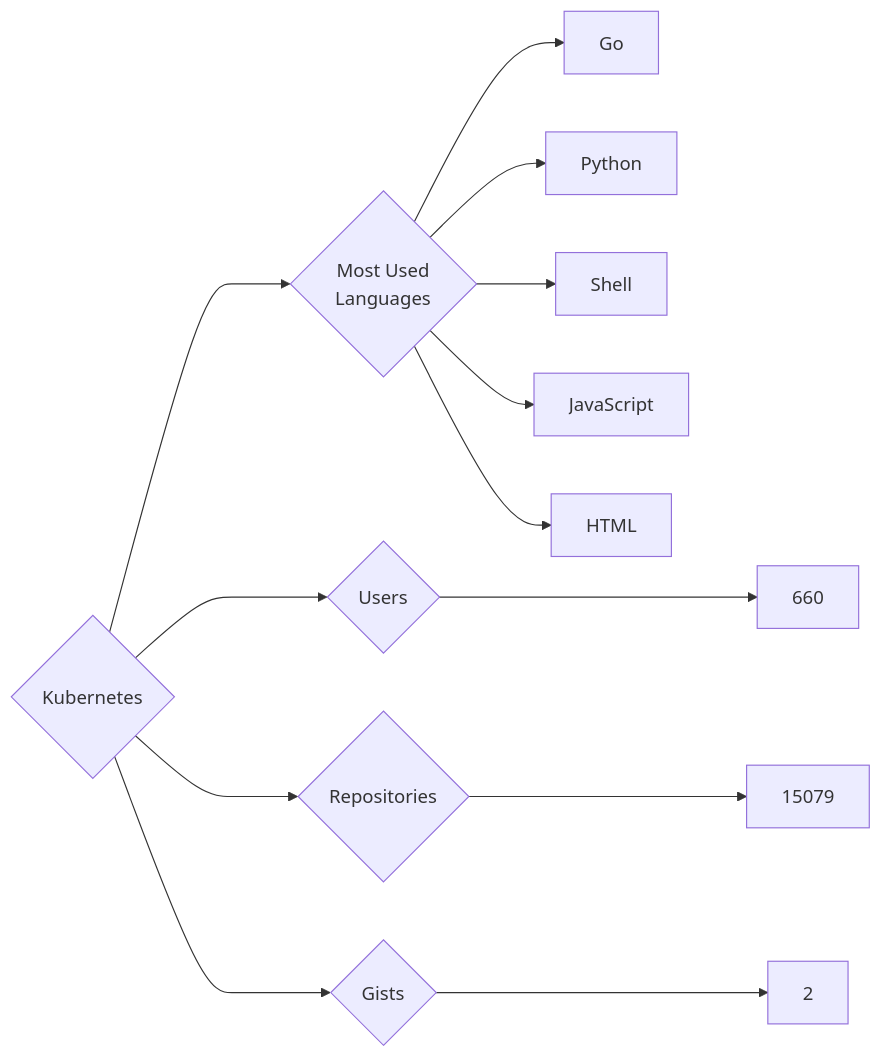
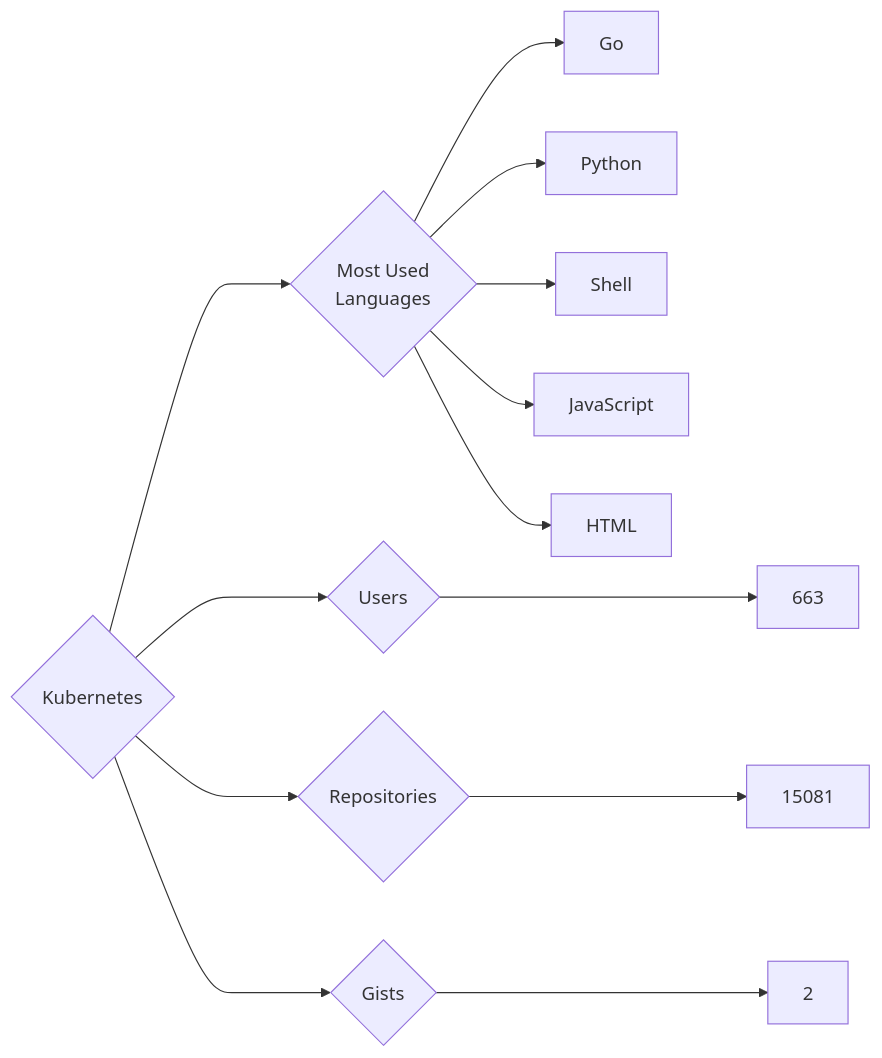
Before and after one commit to trickest/insiders: the diagram in targets/Kubernetes/README.md, drawn with Mermaid. The commit also changed 951 other files, not shown here.

````diff
--- a/targets/Kubernetes/README.md
+++ b/targets/Kubernetes/README.md
@@ -3,13 +3,13 @@
 ```mermaid
 graph LR
 COMPANY_NAME{Kubernetes}
-COMPANY_NAME ---> U{Users} ---> UN[660]
-COMPANY_NAME ---> R{Repositories} ---> RN[15079]
+COMPANY_NAME ---> U{Users} ---> UN[663]
+COMPANY_NAME ---> R{Repositories} ---> RN[15081]
 COMPANY_NAME ---> G{Gists} ---> GN[2]
 COMPANY_NAME ---> ML{Most Used<br>Languages}
 ML --> Go[Go]
 ML --> Python[Python]
 ML --> Shell[Shell]
 ML --> JavaScript[JavaScript]
 ML --> HTML[HTML]
 ```
````
